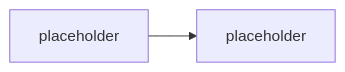
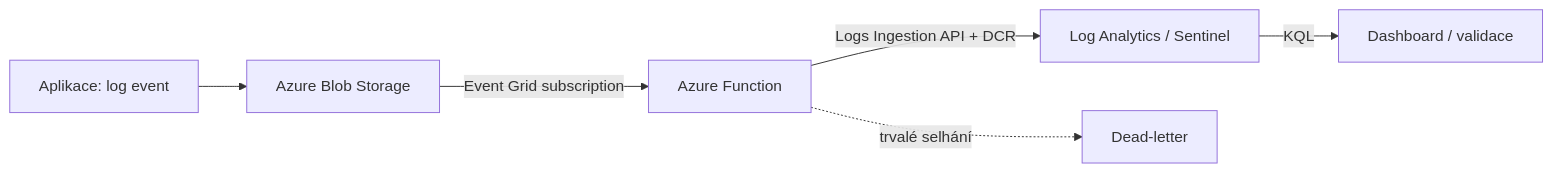
One commit to MalasekPetr/gopas-goc223 changed the diagram in day-4/siem-blob-integration/README.md. Above: the diagram before and after it, drawn with Mermaid. The commit also changed other lines of this file and 8 other files, not shown here.

First line of the commit message:
Expand Day 4 to full depth: Azure integration patterns, SIEM/Blob, Clarity

````diff
--- a/day-4/siem-blob-integration/README.md
+++ b/day-4/siem-blob-integration/README.md
@@ -21,5 +45,8 @@
 ```mermaid
-%% TODO: diagram — app -> Blob Storage -> Event Grid -> Function -> SIEM
 flowchart LR
-  A[placeholder] --> B[placeholder]
+  A[Aplikace: log event] --> B[Azure Blob Storage]
+  B -->|Event Grid subscription| C[Azure Function]
+  C -->|Logs Ingestion API + DCR| D[Log Analytics / Sentinel]
+  D -->|KQL| E[Dashboard / validace]
+  C -.trvalé selhání.-> F[Dead-letter]
 ```
````
